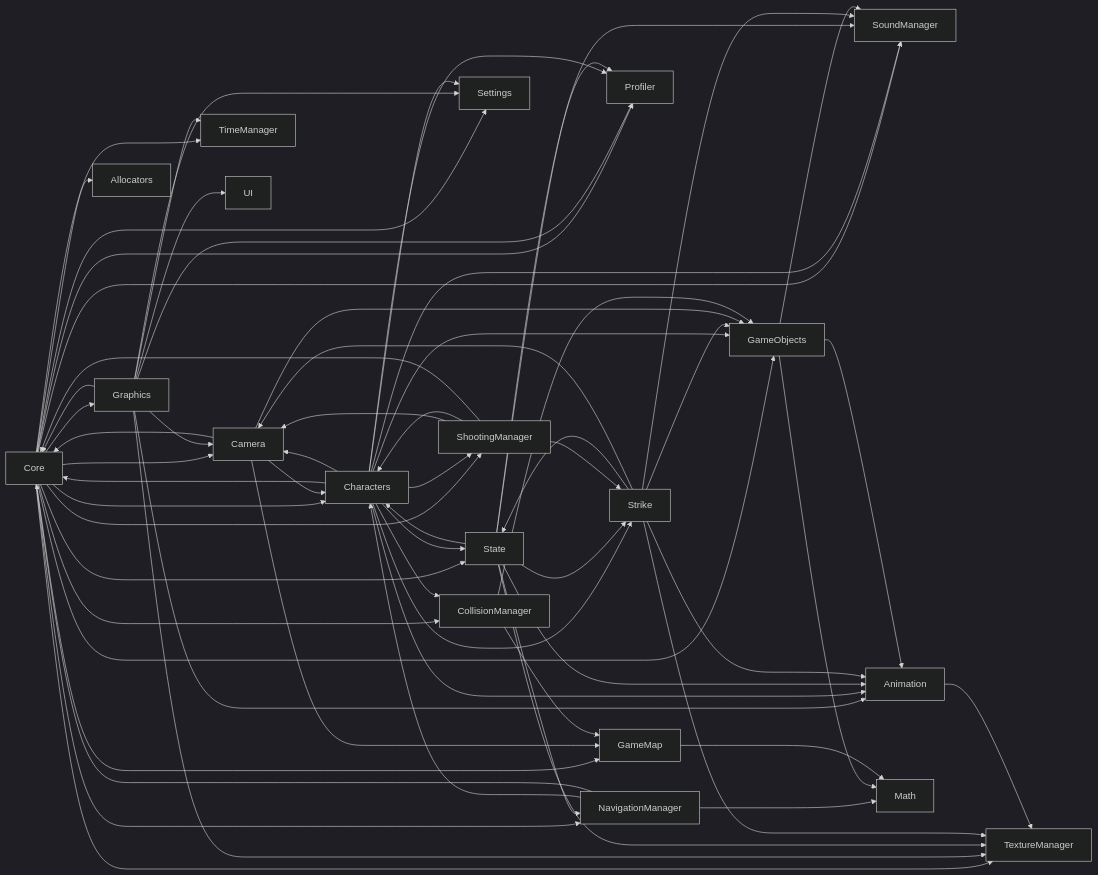
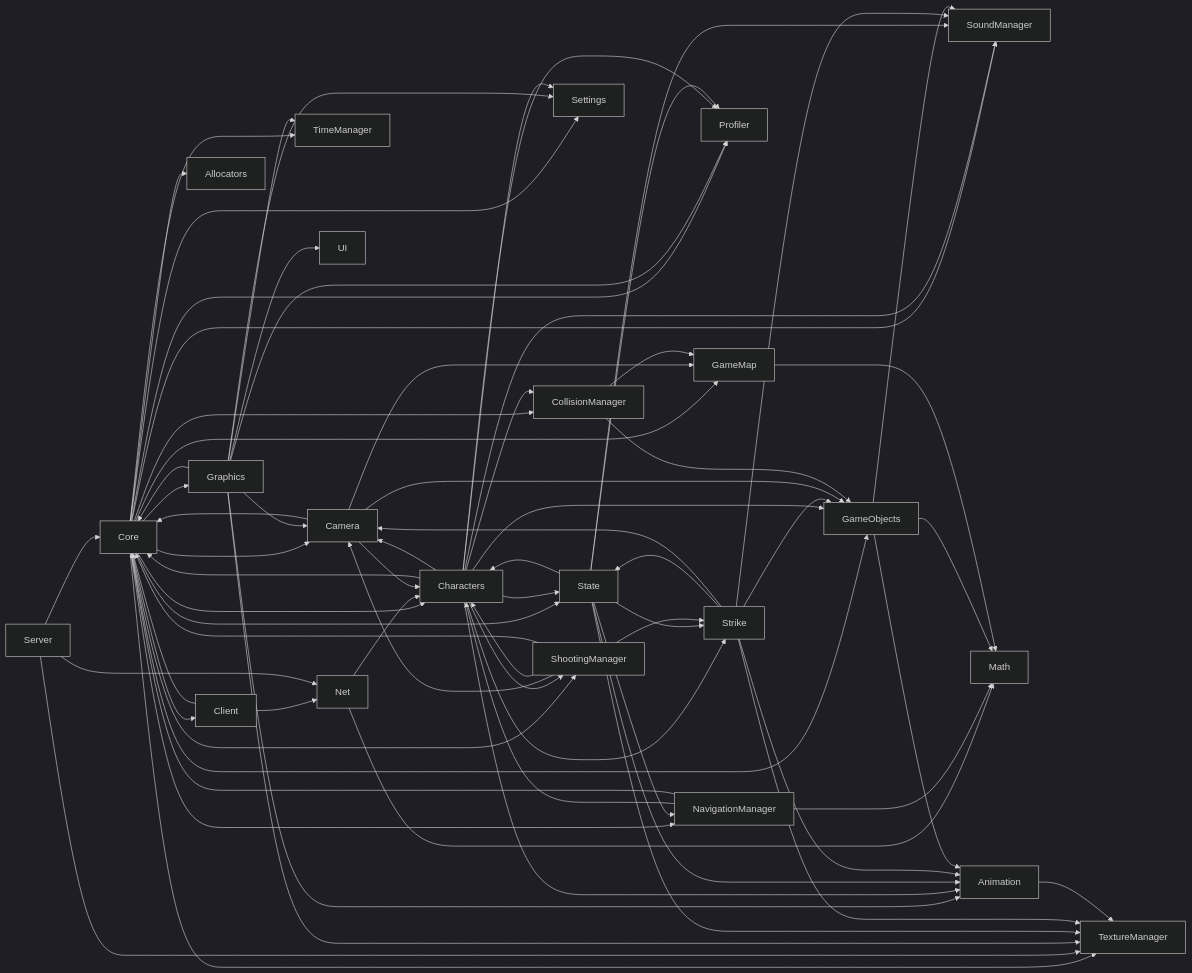
One commit to bilalkah/wolfenstein changed the second of 2 diagrams in docs-site/architecture/index.md. Above: the diagram before and after it, drawn with Mermaid (dark theme). The commit also changed other lines of this file and 29 other files, not shown here.

````diff
--- a/docs-site/architecture/index.md
+++ b/docs-site/architecture/index.md
@@ -120,15 +140,18 @@
 ```mermaid
 flowchart LR
-    Core --> Graphics & Camera & Characters & TimeManager & SoundManager & TextureManager & NavigationManager & ShootingManager & Profiler & Settings & GameMap & CollisionManager & GameObjects & Allocators & State
+    Core --> Graphics & Camera & Characters & TimeManager & SoundManager & TextureManager & NavigationManager & ShootingManager & Profiler & Settings & GameMap & CollisionManager & GameObjects & Allocators & State & Client
+    Client --> Core & Net
+    Server --> Core & Net & TextureManager
+    Net --> Characters & Math
     Graphics --> Camera & Core & TextureManager & UI & Settings & TimeManager & Profiler & Animation
     Characters --> Core & Camera & CollisionManager & State & Strike & ShootingManager & SoundManager & GameObjects & Animation & Profiler & Settings
     State --> Characters & Strike & NavigationManager & Animation & TextureManager & SoundManager & Profiler
     Strike --> State & Animation & TextureManager & SoundManager & GameObjects & Camera
     ShootingManager --> Camera & Characters & Core & Strike
     NavigationManager --> Characters & Core & Math
     Camera --> GameMap & GameObjects & Core & Characters
     CollisionManager --> GameMap & GameObjects
     GameObjects --> Animation & SoundManager & Math
     GameMap --> Math
     Animation --> TextureManager
 ```
````
